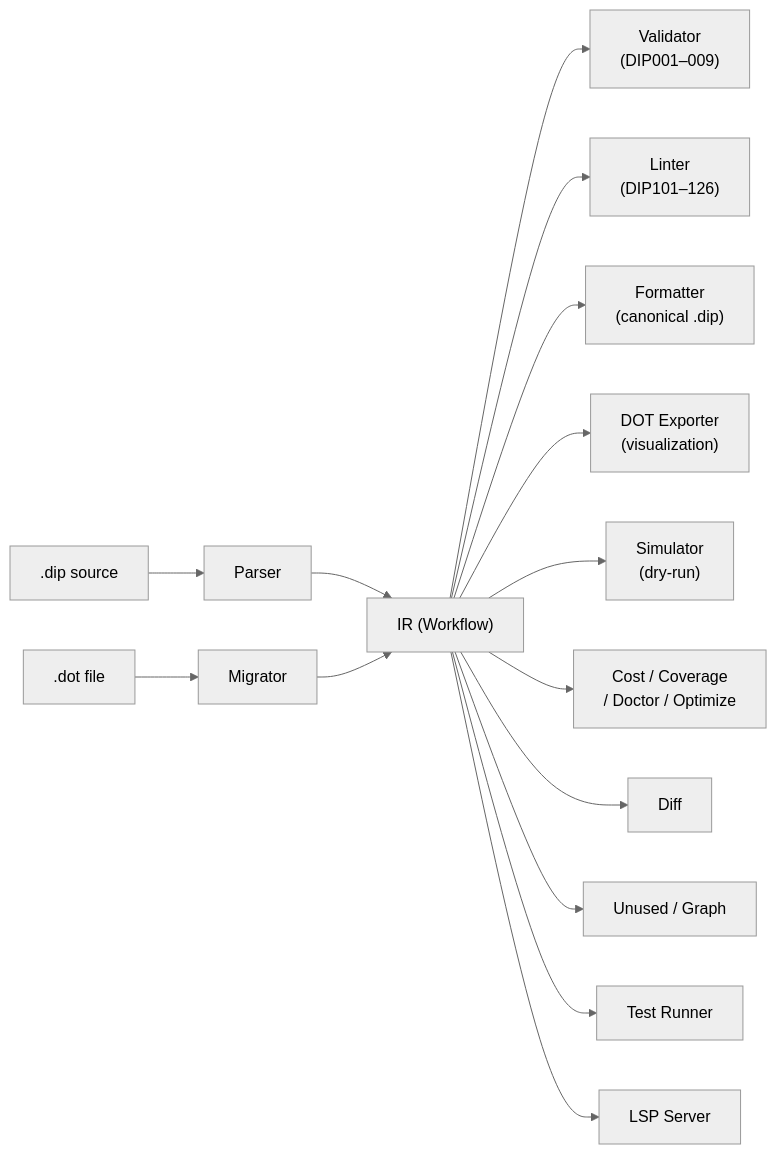
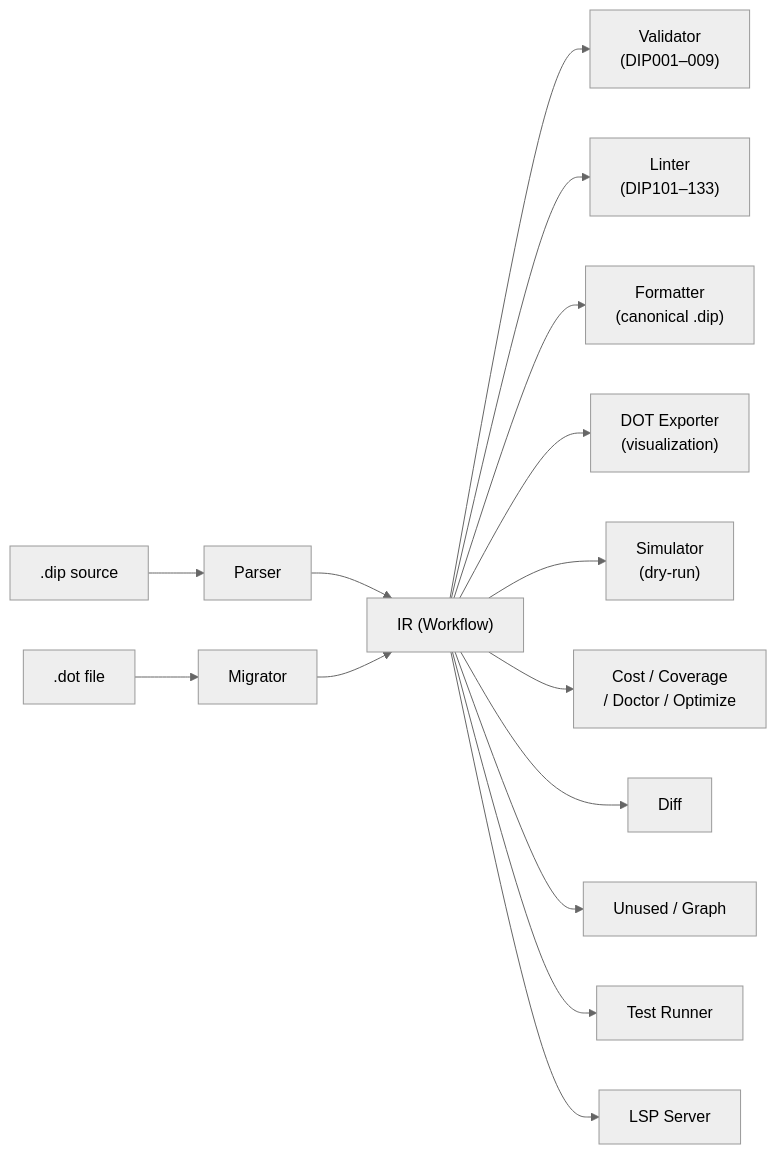
The second of 2 diagrams in README.md (michellepellon/dippin-lang), drawn with Mermaid (neutral theme) before and after one commit. The commit also changed other lines of this file and 14 other files, not shown here.

````diff
--- a/README.md
+++ b/README.md
@@ -464,17 +464,17 @@
 ```mermaid
 graph LR
     DIP[".dip source"] --> Parser
     DOT_FILE[".dot file"] --> Migrator
     Parser --> IR["IR (Workflow)"]
     Migrator --> IR
     IR --> Validator["Validator<br>(DIP001–009)"]
-    IR --> Linter["Linter<br>(DIP101–126)"]
+    IR --> Linter["Linter<br>(DIP101–133)"]
     IR --> Formatter["Formatter<br>(canonical .dip)"]
     IR --> DOT["DOT Exporter<br>(visualization)"]
     IR --> Sim["Simulator<br>(dry-run)"]
     IR --> Cost["Cost / Coverage<br>/ Doctor / Optimize"]
     IR --> Diff["Diff"]
     IR --> Unused["Unused / Graph"]
     IR --> Test["Test Runner"]
     IR --> LSP["LSP Server"]
 ```
````
